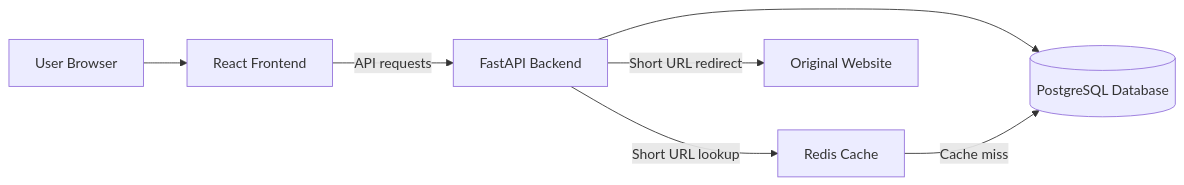
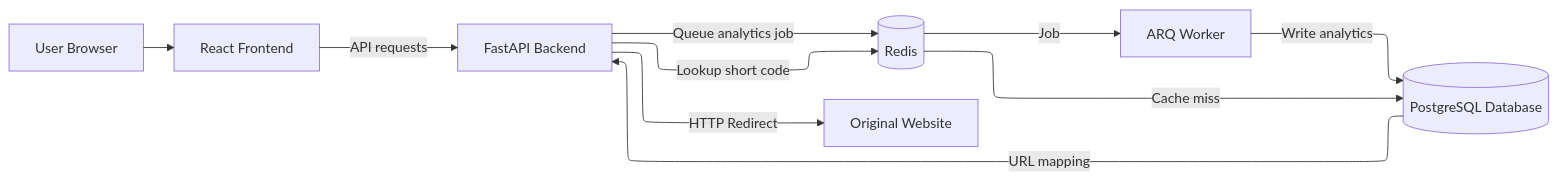
The first of 3 diagrams in README.md (mayuripaliwal/url-shortener), drawn with Mermaid before and after one commit. The commit also changed other lines of this file, not shown here.

````diff
--- a/README.md
+++ b/README.md
@@ -29,16 +27,24 @@
 ```mermaid
+%%{init: {"flowchart": {"defaultRenderer": "elk"}}}%%
 flowchart LR
+
     User[User Browser]
     React[React Frontend]
     FastAPI[FastAPI Backend]
+    Redis[(Redis)]
     PostgreSQL[(PostgreSQL Database)]
-    Redis[Redis Cache]
+    Worker[ARQ Worker]
     External[Original Website]
 
     User --> React
     React -->|API requests| FastAPI
-    FastAPI --> PostgreSQL
-    FastAPI -->|Short URL redirect|External
-    FastAPI -->|Short URL lookup|Redis
-    Redis -->|Cache miss|PostgreSQL
+
+    FastAPI -->|Lookup short code| Redis
+    Redis -->|Cache miss| PostgreSQL
+    PostgreSQL -->|URL mapping| FastAPI
+    FastAPI -->|HTTP Redirect| External
+
+    FastAPI -->|Queue analytics job| Redis
+    Redis -->|Job| Worker
+    Worker -->|Write analytics| PostgreSQL
 ```
````
